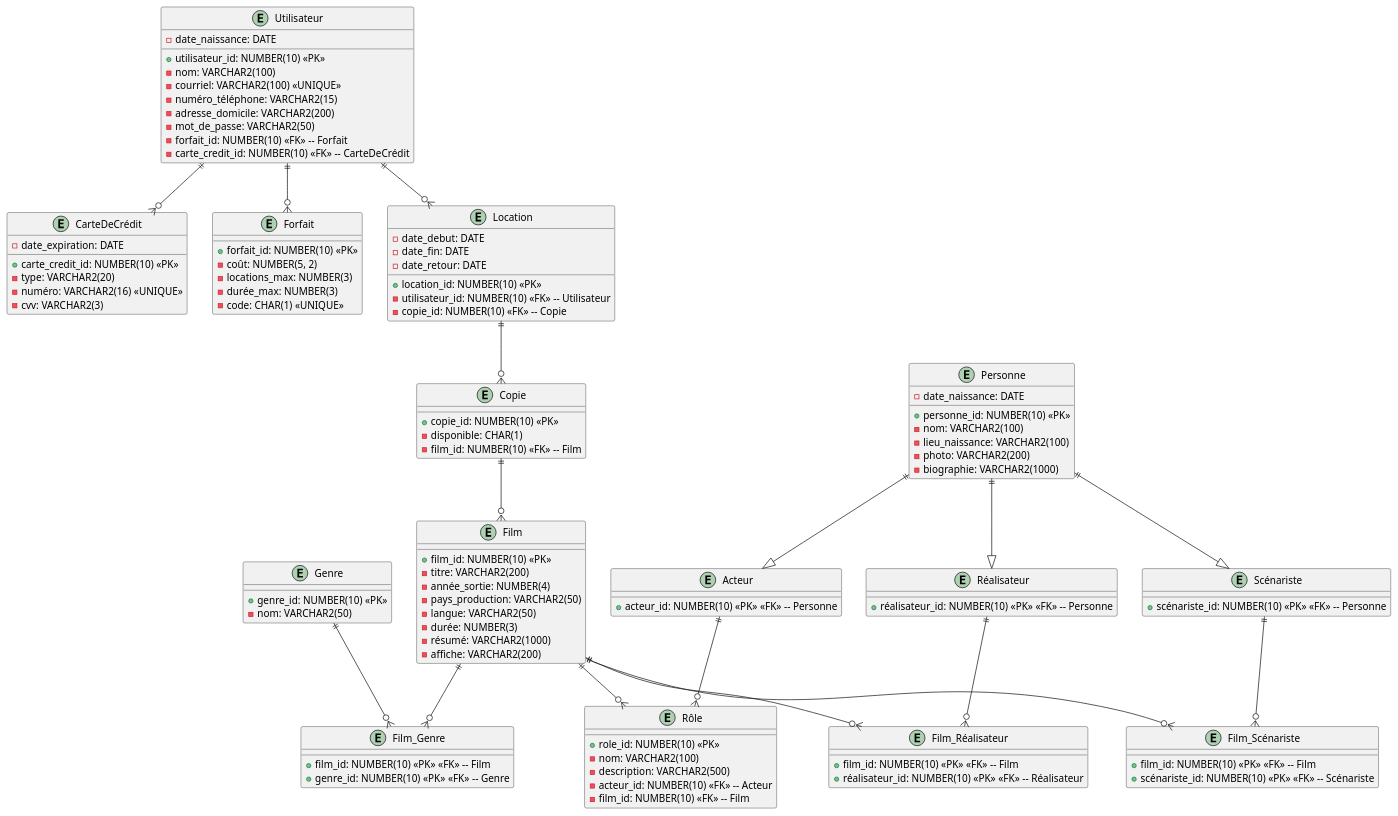
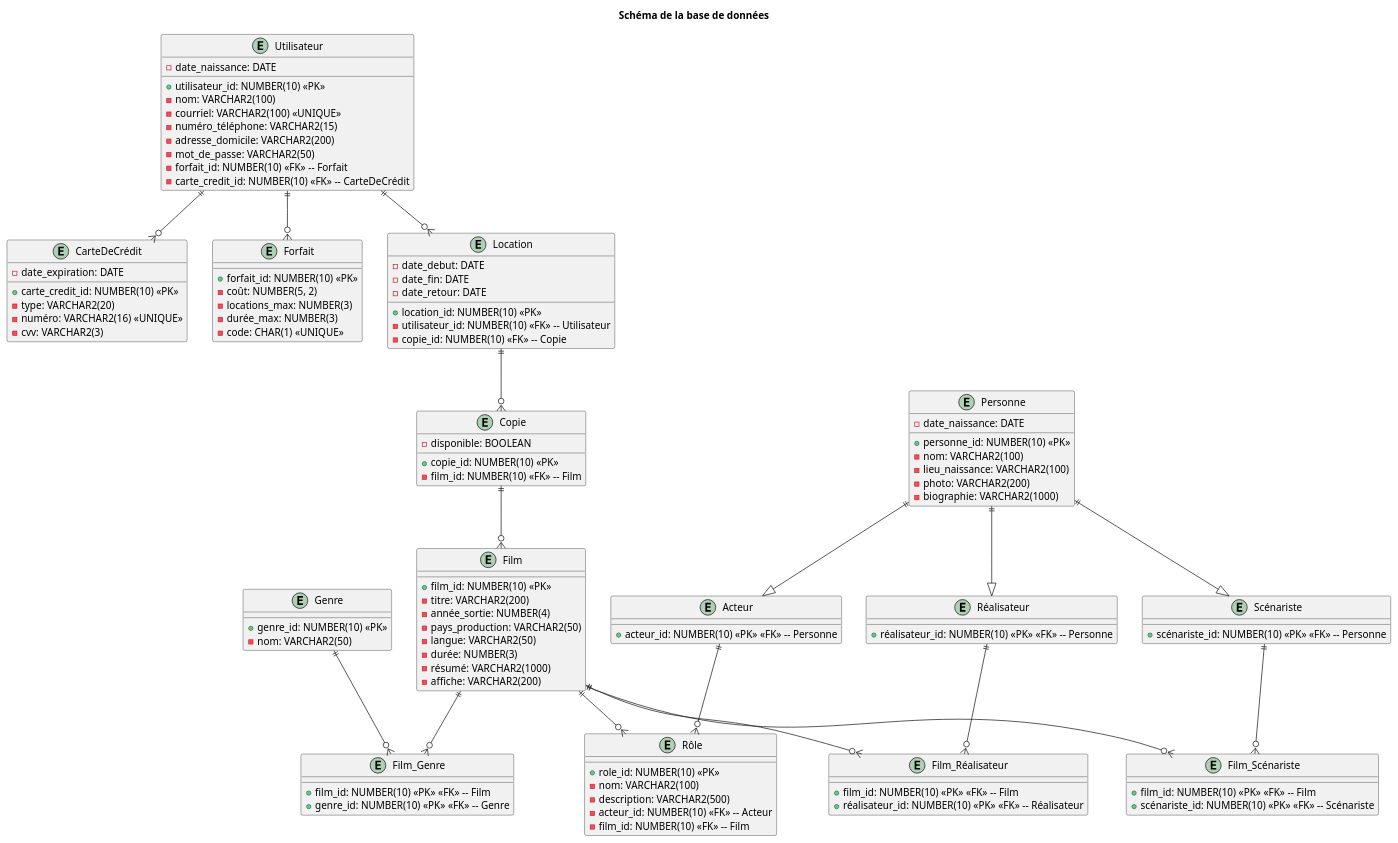
One commit to snakedye/LOG660-01 changed the diagram in docs/schema.puml. Above: the diagram before and after it, drawn with PlantUML. The commit also changed 2 other files, not shown here.

Commit message:
Refactor class diagram and add database schema diagram

```diff
--- a/docs/schema.puml
+++ b/docs/schema.puml
@@ -1,124 +1,125 @@
 @startuml schema
+title Schéma de la base de données
 
 entity Utilisateur {
   + utilisateur_id: NUMBER(10) <<PK>>
   - nom: VARCHAR2(100)
   - courriel: VARCHAR2(100) <<UNIQUE>>
   - numéro_téléphone: VARCHAR2(15)
   - adresse_domicile: VARCHAR2(200)
   - date_naissance: DATE
   - mot_de_passe: VARCHAR2(50)
   - forfait_id: NUMBER(10) <<FK>> -- Forfait
   - carte_credit_id: NUMBER(10) <<FK>> -- CarteDeCrédit
 }
 
 entity CarteDeCrédit {
   + carte_credit_id: NUMBER(10) <<PK>>
   - type: VARCHAR2(20)
   - numéro: VARCHAR2(16) <<UNIQUE>>
   - date_expiration: DATE
   - cvv: VARCHAR2(3)
 }
 
 entity Forfait {
   + forfait_id: NUMBER(10) <<PK>>
   - coût: NUMBER(5, 2)
   - locations_max: NUMBER(3)
   - durée_max: NUMBER(3)
   - code: CHAR(1) <<UNIQUE>>
 }
 
 entity Location {
   + location_id: NUMBER(10) <<PK>>
   - date_debut: DATE
   - date_fin: DATE
   - date_retour: DATE
   - utilisateur_id: NUMBER(10) <<FK>> -- Utilisateur
   - copie_id: NUMBER(10) <<FK>> -- Copie
 }
 
 entity Film {
   + film_id: NUMBER(10) <<PK>>
   - titre: VARCHAR2(200)
   - année_sortie: NUMBER(4)
   - pays_production: VARCHAR2(50)
   - langue: VARCHAR2(50)
   - durée: NUMBER(3)
   - résumé: VARCHAR2(1000)
   - affiche: VARCHAR2(200)
 }
 
 entity Genre {
   + genre_id: NUMBER(10) <<PK>>
   - nom: VARCHAR2(50)
 }
 
 entity Film_Genre {
   + film_id: NUMBER(10) <<PK>> <<FK>> -- Film
   + genre_id: NUMBER(10) <<PK>> <<FK>> -- Genre
 }
 
 entity Copie {
   + copie_id: NUMBER(10) <<PK>>
-  - disponible: CHAR(1)
+  - disponible: BOOLEAN
   - film_id: NUMBER(10) <<FK>> -- Film
 }
 
 entity Personne {
   + personne_id: NUMBER(10) <<PK>>
   - nom: VARCHAR2(100)
   - date_naissance: DATE
   - lieu_naissance: VARCHAR2(100)
   - photo: VARCHAR2(200)
   - biographie: VARCHAR2(1000)
 }
 
 entity Réalisateur {
   + réalisateur_id: NUMBER(10) <<PK>> <<FK>> -- Personne
 }
 
 entity Scénariste {
   + scénariste_id: NUMBER(10) <<PK>> <<FK>> -- Personne
 }
 
 entity Acteur {
   + acteur_id: NUMBER(10) <<PK>> <<FK>> -- Personne
 }
 
 entity Rôle {
   + role_id: NUMBER(10) <<PK>>
   - nom: VARCHAR2(100)
   - description: VARCHAR2(500)
   - acteur_id: NUMBER(10) <<FK>> -- Acteur
   - film_id: NUMBER(10) <<FK>> -- Film
 }
 
 entity Film_Réalisateur {
   + film_id: NUMBER(10) <<PK>> <<FK>> -- Film
   + réalisateur_id: NUMBER(10) <<PK>> <<FK>> -- Réalisateur
 }
 
 entity Film_Scénariste {
   + film_id: NUMBER(10) <<PK>> <<FK>> -- Film
   + scénariste_id: NUMBER(10) <<PK>> <<FK>> -- Scénariste
 }
 
 ' Associations (relations entre tables)
 Utilisateur ||--o{ Forfait
 Utilisateur ||--o{ CarteDeCrédit
 Utilisateur ||--o{ Location
 Location ||--o{ Copie
 Copie ||--o{ Film
 Film ||--o{ Film_Genre
 Genre ||--o{ Film_Genre
 Film ||--o{ Film_Réalisateur
 Réalisateur ||--o{ Film_Réalisateur
 Film ||--o{ Film_Scénariste
 Scénariste ||--o{ Film_Scénariste
 Acteur ||--o{ Rôle
 Film ||--o{ Rôle
 Personne ||--|> Réalisateur
 Personne ||--|> Acteur
 Personne ||--|> Scénariste
 
 @enduml
```
